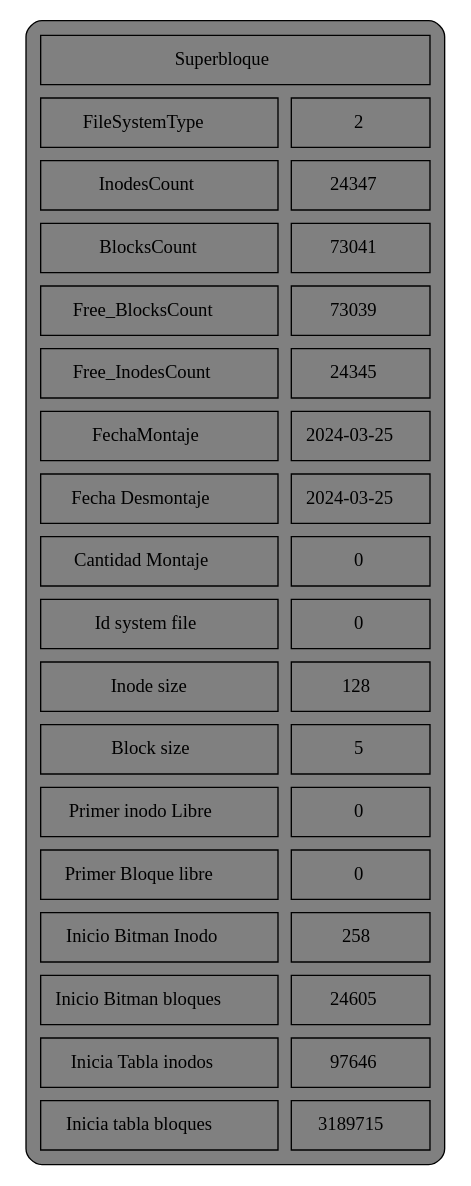
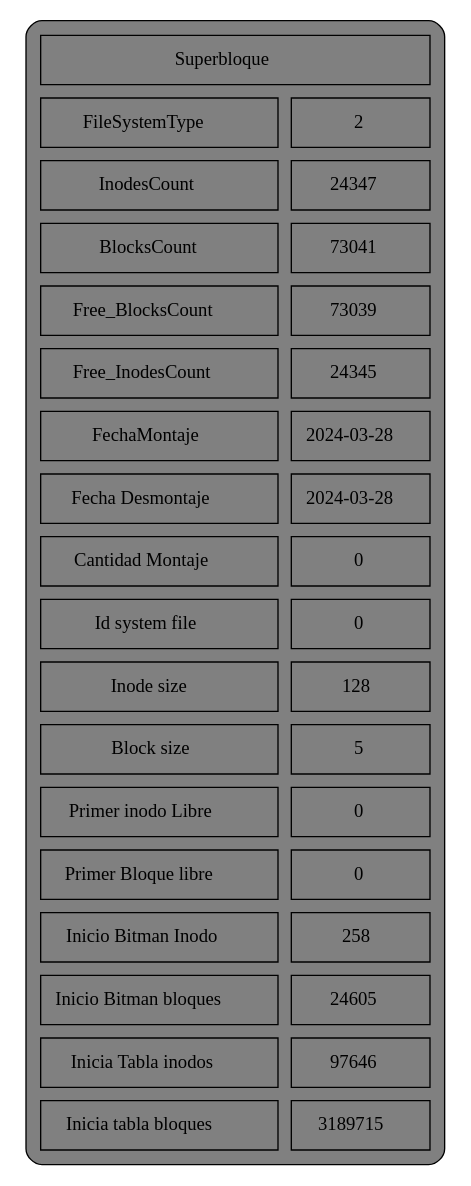
One commit to Jhonsagui81/MIA_P2_20210603 changed the diagram in reports/reporte1_sb.dot. Above: the diagram before and after it, drawn with Graphviz. The commit also changed 9 other files, not shown here.

```diff
--- a/reports/reporte1_sb.dot
+++ b/reports/reporte1_sb.dot
@@ -1,76 +1,76 @@
 digraph G {
 	a0 [shape=none label=<
 	<TABLE cellspacing="10" cellpadding="10" style="rounded" bgcolor="gray">
 		<tr>
 			<td colspan="2">Superbloque</td>
 		</tr>
 		<tr>
 			<td>FileSystemType</td>
 			<td>2</td>
 		</tr>
 		<tr>
 			<td>InodesCount</td>
 			<td>24347</td>
 		</tr>
 		<tr>
 			<td>BlocksCount</td>
 			<td>73041</td>
 		</tr>
 		<tr>
 			<td>Free_BlocksCount</td>
 			<td>73039</td>
 		</tr>
 		<tr>
 			<td>Free_InodesCount</td>
 			<td>24345</td>
 		</tr>
 		<tr>
 			<td>FechaMontaje</td>
-			<td>2024-03-25</td>
+			<td>2024-03-28</td>
 		</tr>
 		<tr>
 			<td>Fecha Desmontaje</td>
-			<td>2024-03-25</td>
+			<td>2024-03-28</td>
 		</tr>
 		<tr>
 			<td>Cantidad Montaje</td>
 			<td>0</td>
 		</tr>
 		<tr>
 			<td>Id system file</td>
 			<td>0</td>
 		</tr>
 		<tr>
 			<td>Inode size</td>
 			<td>128</td>
 		</tr>
 		<tr>
 			<td>Block size</td>
 			<td>5</td>
 		</tr>
 		<tr>
 			<td>Primer inodo Libre</td>
 			<td>0</td>
 		</tr>
 		<tr>
 			<td>Primer Bloque libre</td>
 			<td>0</td>
 		</tr>
 		<tr>
 			<td>Inicio Bitman Inodo</td>
 			<td>258</td>
 		</tr>
 		<tr>
 			<td>Inicio Bitman bloques</td>
 			<td>24605</td>
 		</tr>
 		<tr>
 			<td>Inicia Tabla inodos</td>
 			<td>97646</td>
 		</tr>
 		<tr>
 			<td>Inicia tabla bloques</td>
 			<td>3189715</td>
 		</tr>
 </TABLE>>];
 }
```
